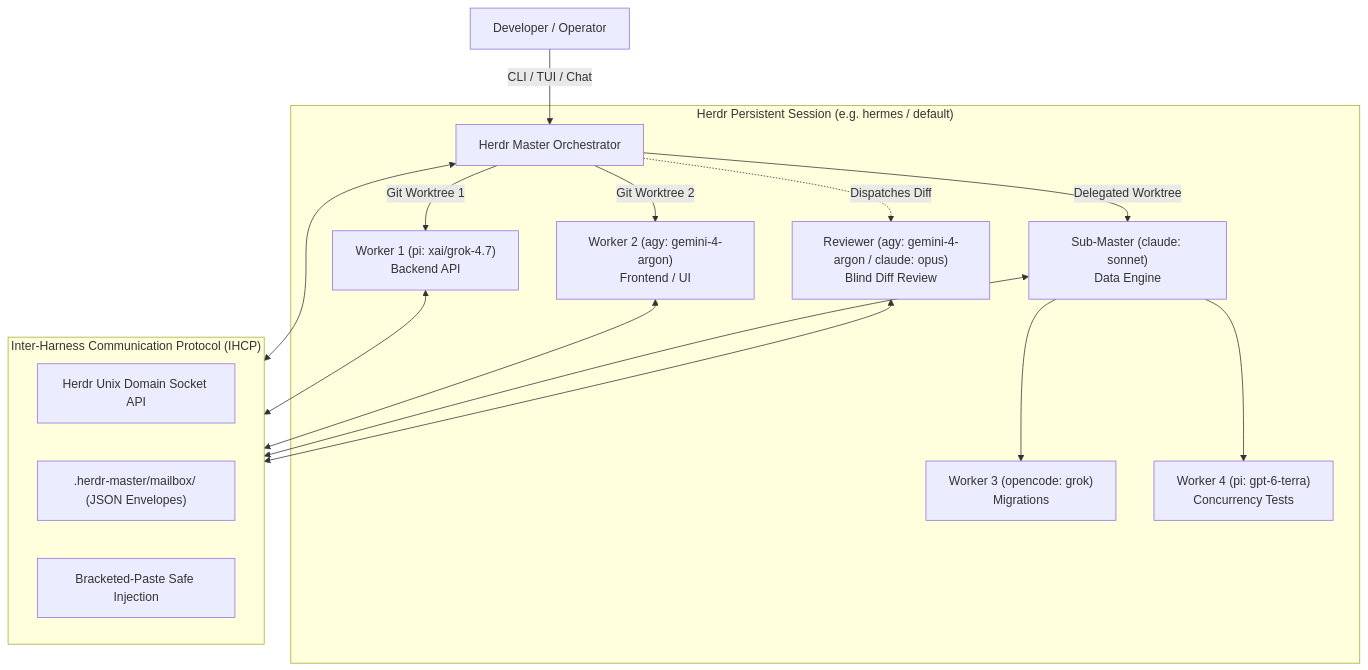
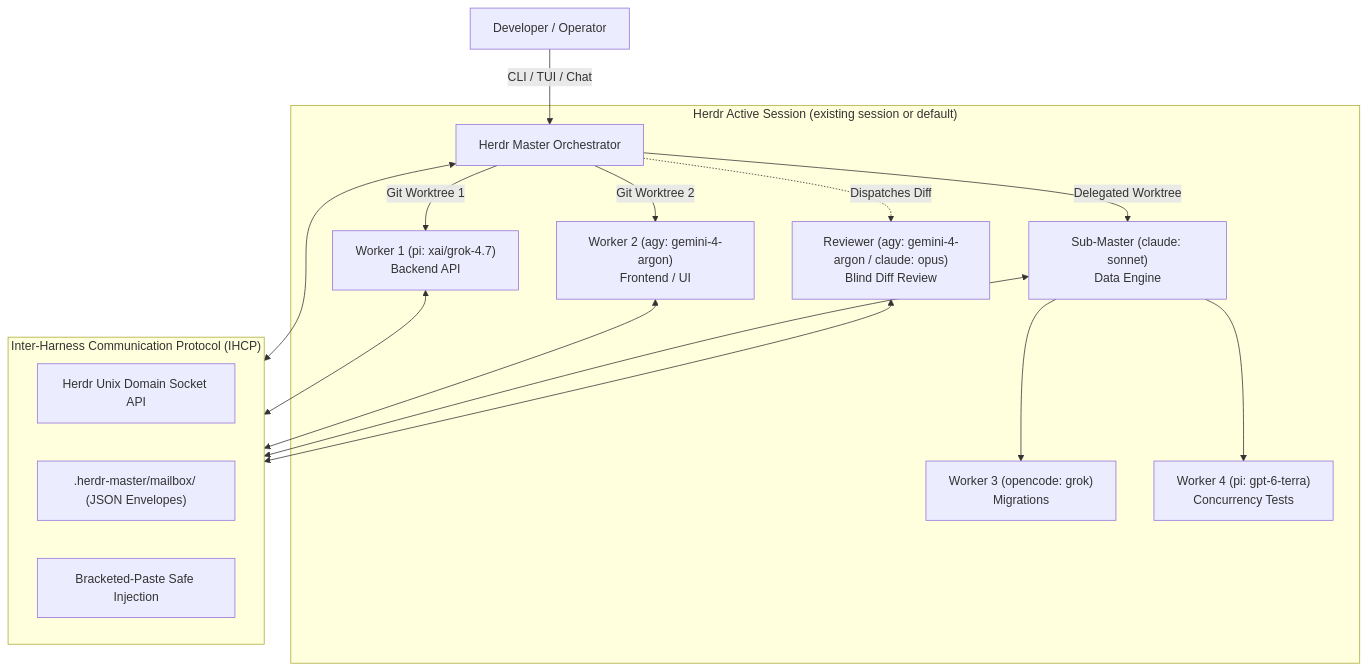
The diagram in README.md (pank85/AiHead-Orchestrator), drawn with Mermaid before and after one commit. The commit also changed 7 other files, not shown here.

Commit message:
feat: resolve herdr session to active existing or default (remove hermes forcing)

````diff
--- a/README.md
+++ b/README.md
@@ -36,28 +36,28 @@
 ```mermaid
 graph TD
     User["Developer / Operator"] -->|CLI / TUI / Chat| Master["Herdr Master Orchestrator"]
     
-    subgraph HerdrSession ["Herdr Persistent Session (e.g. hermes / default)"]
+    subgraph HerdrSession ["Herdr Active Session (existing session or default)"]
         Master -->|Git Worktree 1| W1["Worker 1 (pi: xai/grok-4.7)<br/>Backend API"]
         Master -->|Git Worktree 2| W2["Worker 2 (agy: gemini-4-argon)<br/>Frontend / UI"]
         Master -->|Delegated Worktree| SubM["Sub-Master (claude: sonnet)<br/>Data Engine"]
         
         SubM --> W3["Worker 3 (opencode: grok)<br/>Migrations"]
         SubM --> W4["Worker 4 (pi: gpt-6-terra)<br/>Concurrency Tests"]
 
         Reviewer["Reviewer (agy: gemini-4-argon / claude: opus)<br/>Blind Diff Review"]
         Master -.->|Dispatches Diff| Reviewer
     end
 
     subgraph IHCP ["Inter-Harness Communication Protocol (IHCP)"]
         Socket["Herdr Unix Domain Socket API"]
         Mailbox[".herdr-master/mailbox/ (JSON Envelopes)"]
         PTY["Bracketed-Paste Safe Injection"]
     end
 
     Master <--> IHCP
     W1 <--> IHCP
     W2 <--> IHCP
     SubM <--> IHCP
     Reviewer <--> IHCP
 ```
````
